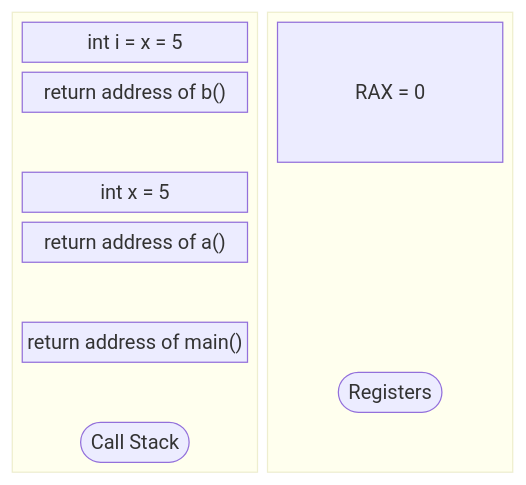
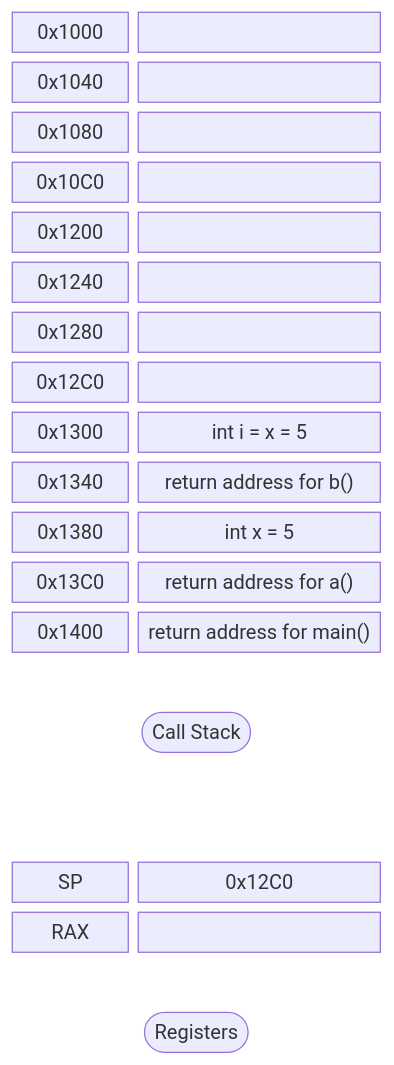
Before and after one commit to GlennVL-AP/cpp-programming-slides: the sixth of 15 diagrams in slides/session_6/index.md, drawn with Mermaid. The commit also changed other lines of this file, not shown here.

Commit message:
improve call stack example

````diff
--- a/slides/session_6/index.md
+++ b/slides/session_6/index.md
@@ -716,21 +872,40 @@
 ```mermaid
 block-beta
-  block
-    columns 1
-    argi["int i = x = 5"]
-    retb["return address of b()"]
-    space
-    intx["int x = 5"]
-    reta["return address of a()"]
-    space
-    retm["return address of main()"]
-    space
-    callstack(["Call Stack"])
-  end
-  block
-    columns 1
-    retval["RAX = 0"]
-    space
-    registers(["Registers"])
-  end
+  columns 3
+  addr1["0x1000"]:1
+  frame1[" "]:2
+  addr2["0x1040"]:1
+  frame2[" "]:2
+  addr3["0x1080"]:1
+  frame3[" "]:2
+  addr4["0x10C0"]:1
+  frame4[" "]:2
+  addr5["0x1200"]:1
+  frame5[" "]:2
+  addr6["0x1240"]:1
+  frame6[" "]:2
+  addr7["0x1280"]:1
+  frame7[" "]:2
+  addr8["0x12C0"]:1
+  frame8[" "]:2
+  addr9["0x1300"]:1
+  frame9["int i = x = 5"]:2
+  addr10["0x1340"]:1
+  frame10["return address for b()"]:2
+  addr11["0x1380"]:1
+  frame11["int x = 5"]:2
+  addr12["0x13C0"]:1
+  frame12["return address for a()"]:2
+  addr13["0x1400"]:1
+  frame13["return address for main()"]:2
+  space:3
+  callstack(["Call Stack"]):3
+  space:3
+  space:3
+  reg1["SP"]:1
+  regval1["0x12C0"]:2
+  reg2["RAX"]:1
+  regval2[" "]:2
+  space:3
+  registers(["Registers"]):3
 ```
````
